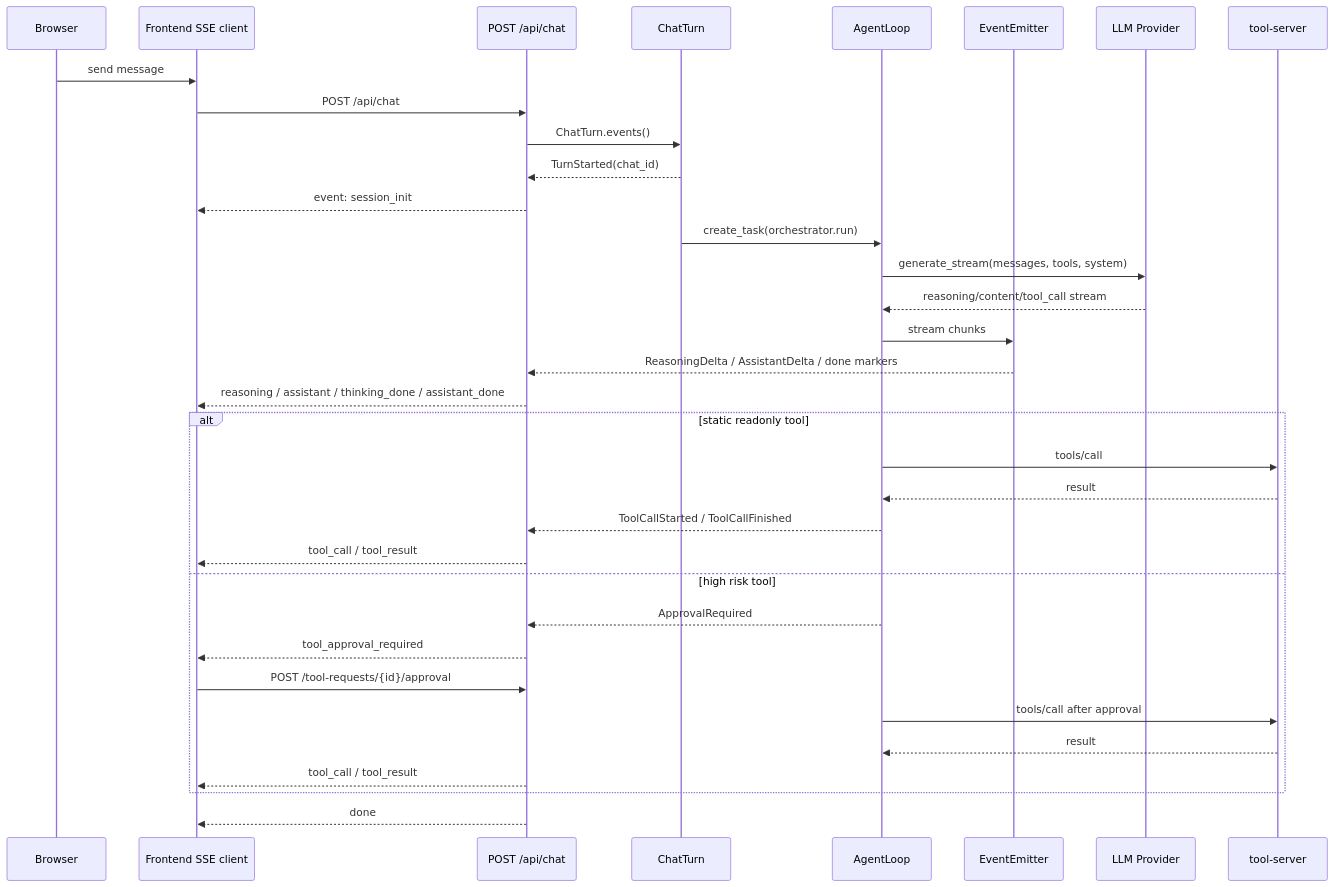
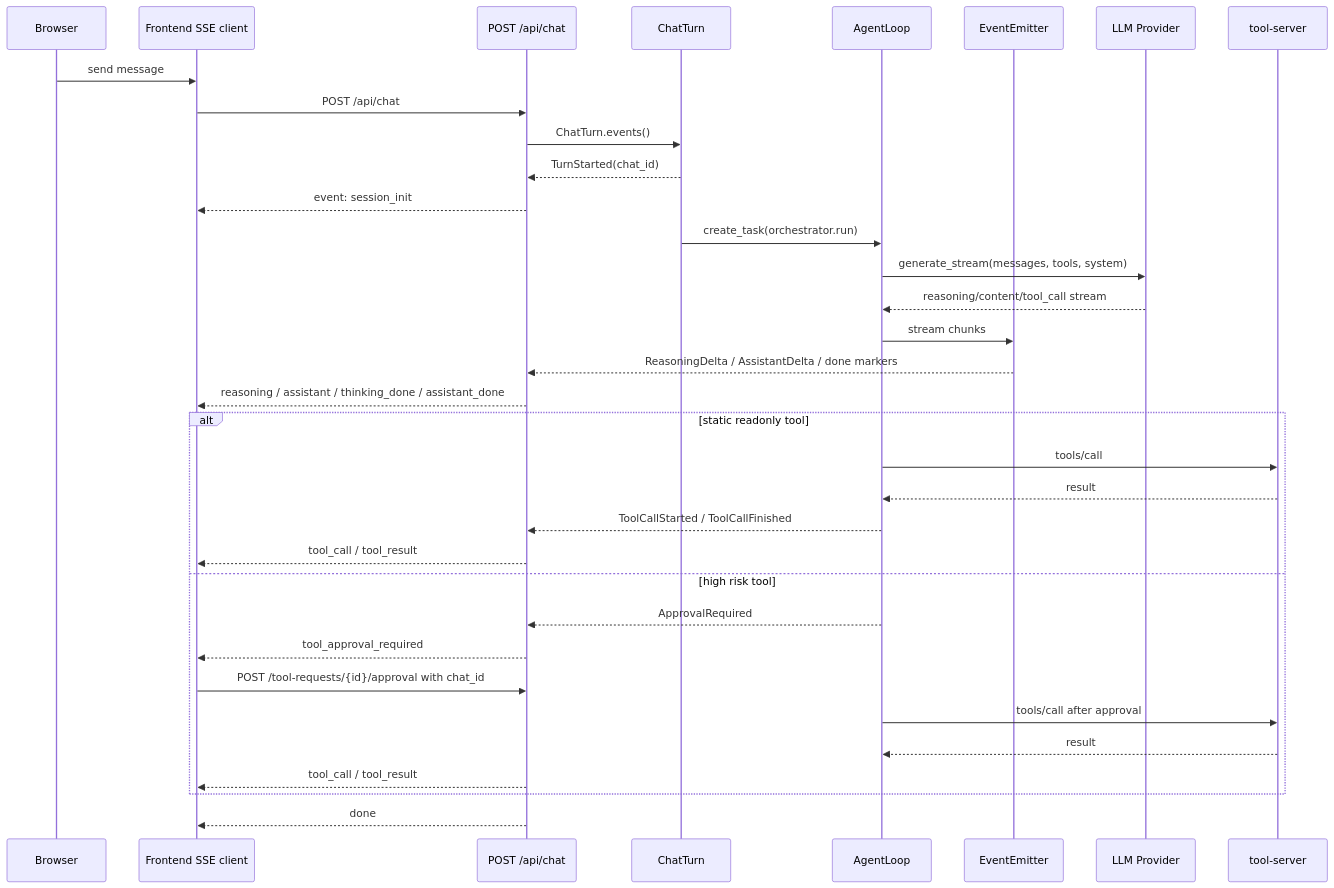
One commit to nazzeDe/alascup-agent changed diagram 13 of 13 in web-server/graph.md. Above: the diagram before and after it, drawn with Mermaid. The commit also changed other lines of this file and 77 other files, not shown here.

````diff
--- a/web-server/graph.md
+++ b/web-server/graph.md
@@ -436,37 +438,37 @@
 ```mermaid
 sequenceDiagram
     participant U as Browser
     participant FE as Frontend SSE client
     participant API as POST /api/chat
     participant CT as ChatTurn
     participant AL as AgentLoop
     participant EM as EventEmitter
     participant LLM as LLM Provider
     participant Tool as tool-server
 
     U->>FE: send message
     FE->>API: POST /api/chat
     API->>CT: ChatTurn.events()
     CT-->>API: TurnStarted(chat_id)
     API-->>FE: event: session_init
     CT->>AL: create_task(orchestrator.run)
     AL->>LLM: generate_stream(messages, tools, system)
     LLM-->>AL: reasoning/content/tool_call stream
     AL->>EM: stream chunks
     EM-->>API: ReasoningDelta / AssistantDelta / done markers
     API-->>FE: reasoning / assistant / thinking_done / assistant_done
     alt static readonly tool
         AL->>Tool: tools/call
         Tool-->>AL: result
         AL-->>API: ToolCallStarted / ToolCallFinished
         API-->>FE: tool_call / tool_result
     else high risk tool
         AL-->>API: ApprovalRequired
         API-->>FE: tool_approval_required
-        FE->>API: POST /tool-requests/{id}/approval
+        FE->>API: POST /tool-requests/{id}/approval with chat_id
         AL->>Tool: tools/call after approval
         Tool-->>AL: result
         API-->>FE: tool_call / tool_result
     end
     API-->>FE: done
 ```
````
